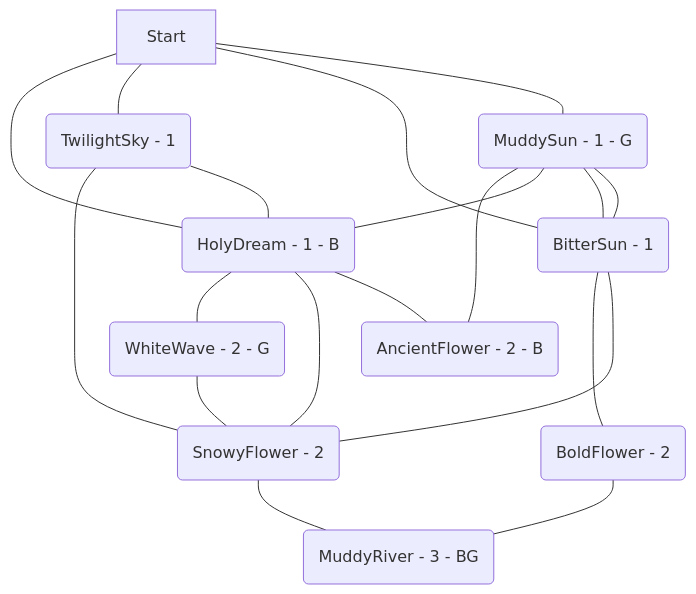
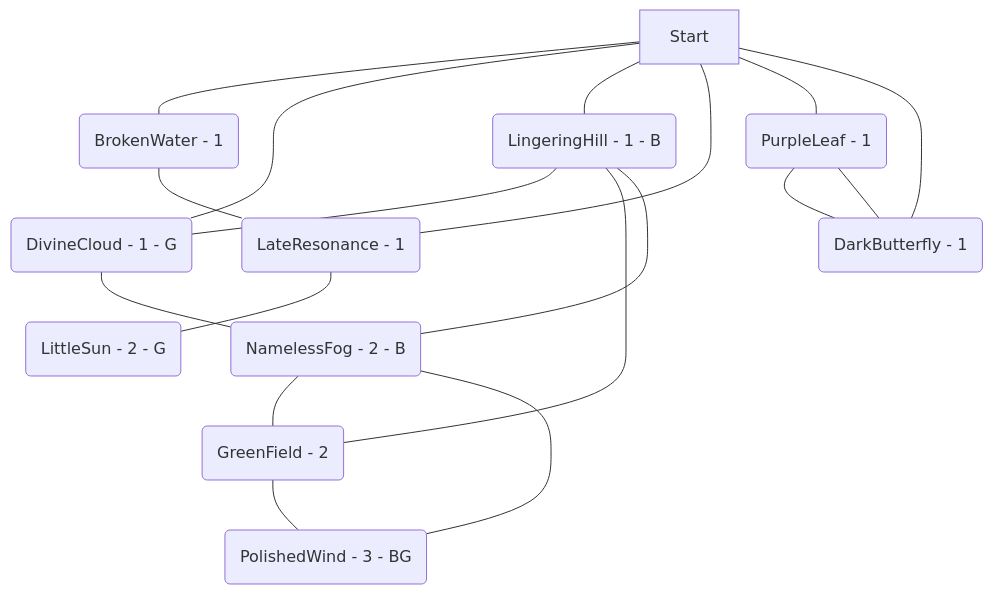
One commit to kinostl/Automatic-Liberation-Map changed the diagram in examples/004.md. Above: the diagram before and after it, drawn with Mermaid. The commit also changed other lines of this file and 2 other files, not shown here.

````diff
--- a/examples/004.md
+++ b/examples/004.md
@@ -3,21 +3,20 @@
 ```mermaid  
 flowchart TD  
-	hLvSiIVk(TwilightSky - 1) --- LAapwexI(SnowyFlower - 2)  
-	LAapwexI(SnowyFlower - 2) --- hmnDPdoL(MuddyRiver - 3 - BG)  
-	RnwXOdAP(MuddySun - 1 - G) --- tFNkmfXI(AncientFlower - 2 - B)  
-	HWQYDjLh(HolyDream - 1 - B) --- CwbaSyMR(WhiteWave - 2 - G)  
-	RnwXOdAP(MuddySun - 1 - G) --- HWQYDjLh(HolyDream - 1 - B)  
-	CwbaSyMR(WhiteWave - 2 - G) --- LAapwexI(SnowyFlower - 2)  
-	HWQYDjLh(HolyDream - 1 - B) --- LAapwexI(SnowyFlower - 2)  
-	Start --- HWQYDjLh(HolyDream - 1 - B)  
-	Start --- hLvSiIVk(TwilightSky - 1)  
-	rkCzWMUL(BitterSun - 1) --- LZwDdVFz(BoldFlower - 2)  
-	HWQYDjLh(HolyDream - 1 - B) --- tFNkmfXI(AncientFlower - 2 - B)  
-	Start --- rkCzWMUL(BitterSun - 1)  
-	LZwDdVFz(BoldFlower - 2) --- hmnDPdoL(MuddyRiver - 3 - BG)  
-	rkCzWMUL(BitterSun - 1) --- RnwXOdAP(MuddySun - 1 - G)  
-	Start --- RnwXOdAP(MuddySun - 1 - G)  
-	RnwXOdAP(MuddySun - 1 - G) --- rkCzWMUL(BitterSun - 1)  
-	rkCzWMUL(BitterSun - 1) --- LAapwexI(SnowyFlower - 2)  
-	hLvSiIVk(TwilightSky - 1) --- HWQYDjLh(HolyDream - 1 - B)  
+	XIHEZWqQ(LingeringHill - 1 - B) --- bFYPIKCy(DivineCloud - 1 - G)  
+	CILQDKRx(NamelessFog - 2 - B) --- cnuEVhUl(GreenField - 2)  
+	Start --- kjbBMKao(BrokenWater - 1)  
+	Start --- bFYPIKCy(DivineCloud - 1 - G)  
+	Start --- XIHEZWqQ(LingeringHill - 1 - B)  
+	kjbBMKao(BrokenWater - 1) --- uYZtWwJE(LateResonance - 1)  
+	CILQDKRx(NamelessFog - 2 - B) --- hbpOuwBP(PolishedWind - 3 - BG)  
+	XIHEZWqQ(LingeringHill - 1 - B) --- cnuEVhUl(GreenField - 2)  
+	XIHEZWqQ(LingeringHill - 1 - B) --- CILQDKRx(NamelessFog - 2 - B)  
+	Start --- uYZtWwJE(LateResonance - 1)  
+	cnuEVhUl(GreenField - 2) --- hbpOuwBP(PolishedWind - 3 - BG)  
+	gJXKfUYn(PurpleLeaf - 1) --- jfuLwUIt(DarkButterfly - 1)  
+	jfuLwUIt(DarkButterfly - 1) --- gJXKfUYn(PurpleLeaf - 1)  
+	Start --- gJXKfUYn(PurpleLeaf - 1)  
+	bFYPIKCy(DivineCloud - 1 - G) --- CILQDKRx(NamelessFog - 2 - B)  
+	Start --- jfuLwUIt(DarkButterfly - 1)  
+	uYZtWwJE(LateResonance - 1) --- ixgdSEYP(LittleSun - 2 - G)  
 ```  
````
